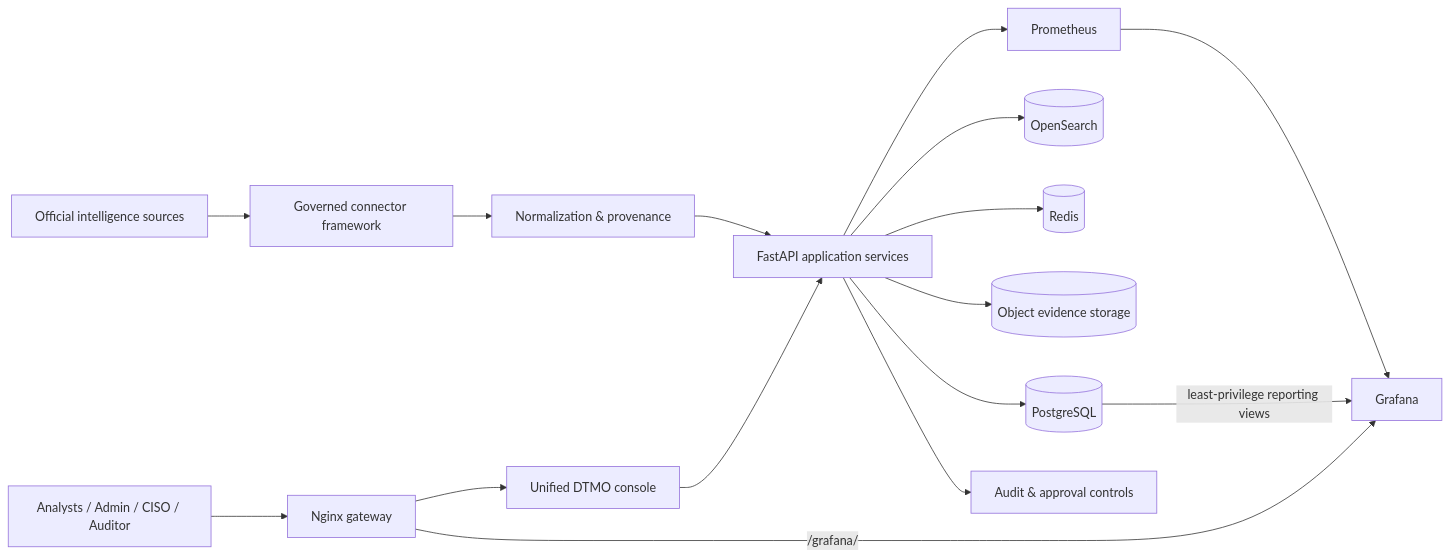
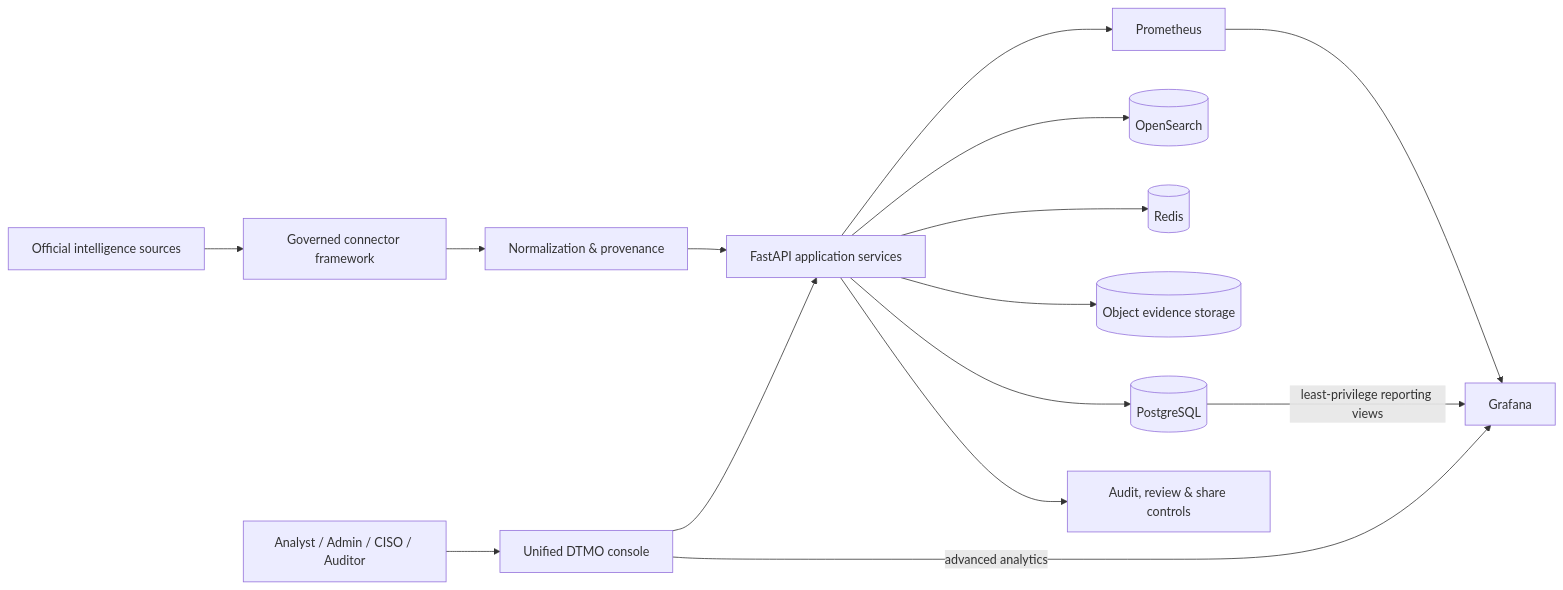
One commit to GJvManen/dtmo changed the first of 2 diagrams in README.md. Above: the diagram before and after it, drawn with Mermaid. The commit also changed other lines of this file, not shown here.

````diff
--- a/README.md
+++ b/README.md
@@ -29,22 +28,21 @@
 ```mermaid
 flowchart LR
     S[Official intelligence sources] --> C[Governed connector framework]
     C --> N[Normalization & provenance]
     N --> A[FastAPI application services]
 
     A --> P[(PostgreSQL)]
     A --> O[(OpenSearch)]
     A --> R[(Redis)]
     A --> M[(Object evidence storage)]
 
     A --> PR[Prometheus]
     PR --> G[Grafana]
     P -->|least-privilege reporting views| G
 
-    U[Analysts / Admin / CISO / Auditor] --> GW[Nginx gateway]
-    GW --> UI[Unified DTMO console]
+    U[Analyst / Admin / CISO / Auditor] --> UI[Unified DTMO console]
     UI --> A
-    GW -->|/grafana/| G
+    UI -->|advanced analytics| G
 
-    A --> AUD[Audit & approval controls]
+    A --> AUD[Audit, review & share controls]
 ```
````
